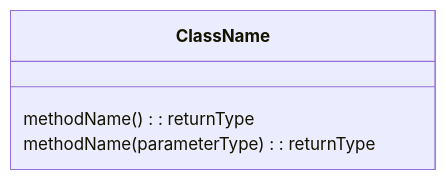
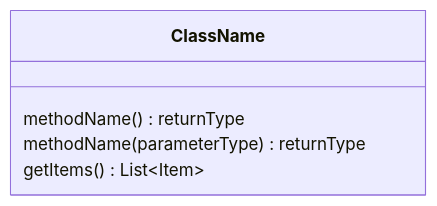
Before and after one commit to hgrabows/diagrammer-skills: the sixth of 15 diagrams in skills/diagrammer/specs/mermaid/classDiagram.md, drawn with Mermaid. The commit also changed other lines of this file and 25 other files, not shown here.

First line of the commit message:
feat: support Mermaid 12 and add ten diagram types

````diff
--- a/skills/diagrammer/specs/mermaid/classDiagram.md
+++ b/skills/diagrammer/specs/mermaid/classDiagram.md
@@ -98,7 +128,8 @@
 ```mermaid
 classDiagram
     class ClassName {
-        methodName(): returnType
-        methodName(parameterType): returnType
+        methodName() returnType
+        methodName(parameterType) returnType
+        getItems() List~Item~
     }
 ```
````
